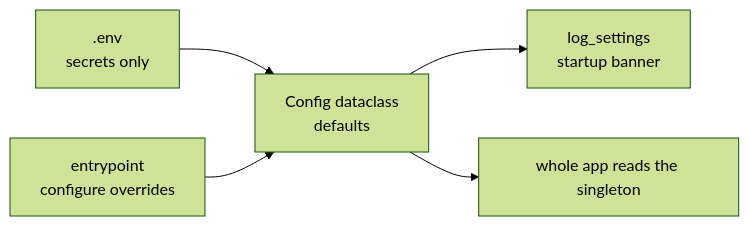
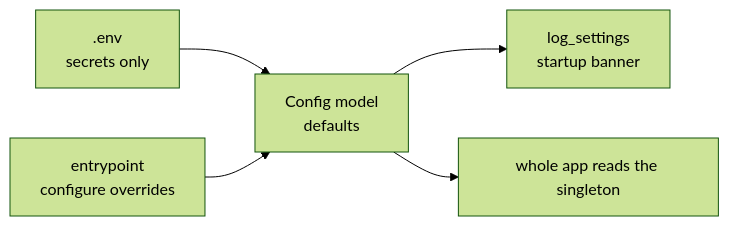
The diagram in docs/configuration.md (carneirofc/magi-ai-assistant), drawn with Mermaid (forest theme) before and after one commit. The commit also changed other lines of this file and 12 other files, not shown here.

First line of the commit message:
refactor(config): make Config a validated pydantic model

````diff
--- a/docs/configuration.md
+++ b/docs/configuration.md
@@ -13,7 +13,7 @@
 ```mermaid
 flowchart LR
-    ENV[.env<br/>secrets only] --> CFG[Config dataclass<br/>defaults]
+    ENV[.env<br/>secrets only] --> CFG[Config model<br/>defaults]
     ENT[entrypoint<br/>configure overrides] --> CFG
     CFG --> BANNER[log_settings<br/>startup banner]
     CFG --> APP[whole app reads the singleton]
 ```
````
